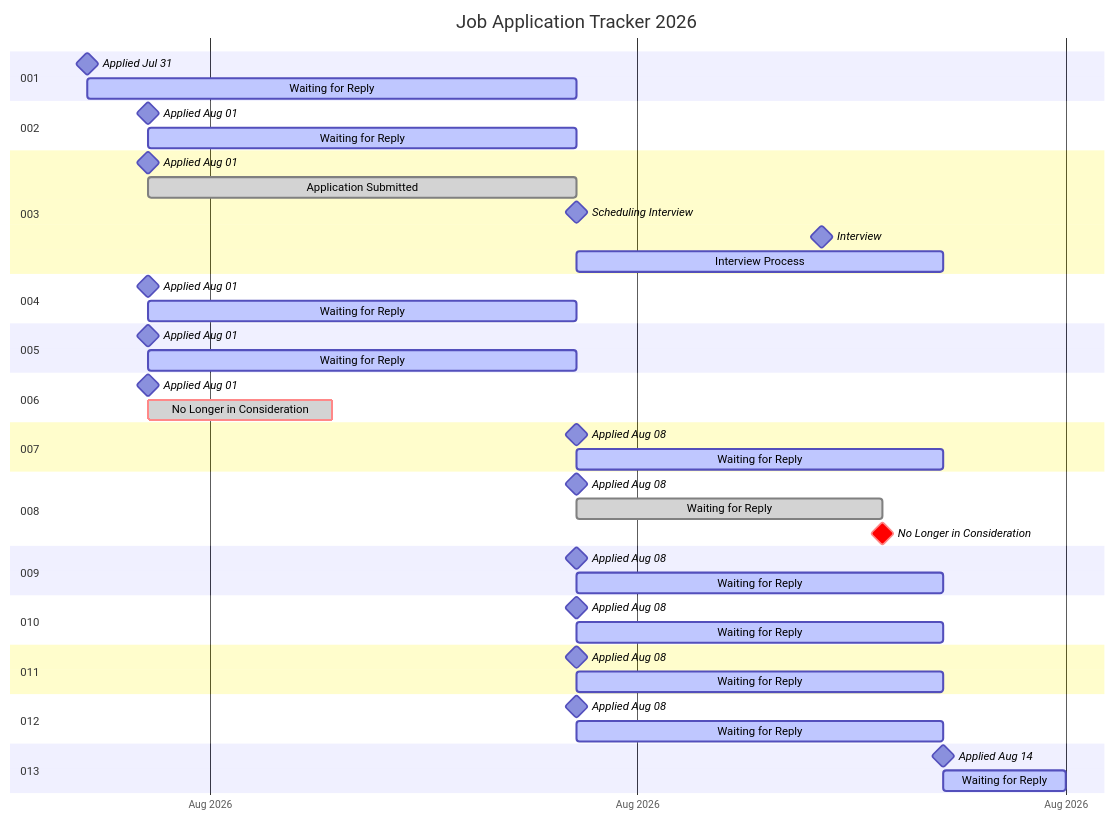
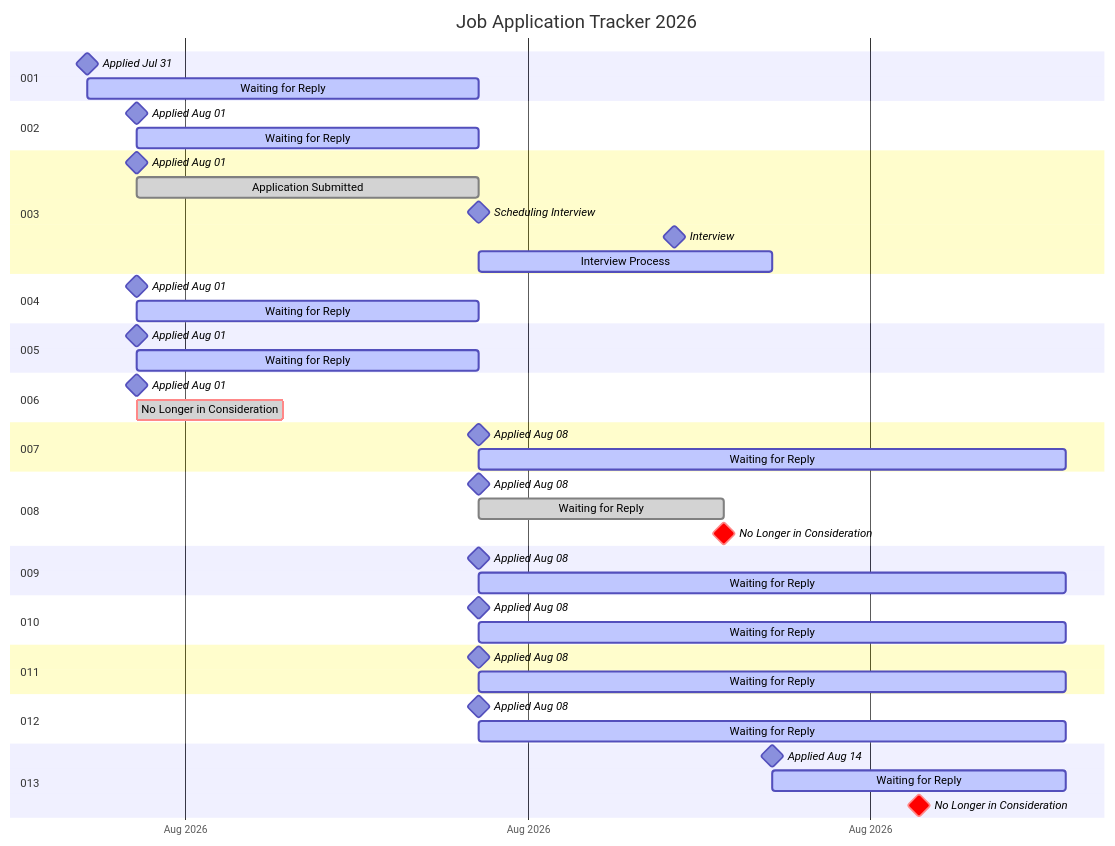
One commit to RileyBeenders/rileybeenders.com changed the diagram in README.md. Above: the diagram before and after it, drawn with Mermaid. The commit also changed other lines of this file and 9 other files, not shown here.

````diff
--- a/README.md
+++ b/README.md
@@ -12,63 +13,64 @@
 ```mermaid
   gantt
     title Job Application Tracker 2026
     dateFormat YYYY-MM-DD
     tickInterval 1week
     axisFormat %b %Y
 
     section 001
     Applied Jul 31                  :milestone, 2026-07-31, 0d
     Waiting for Reply               :active, 2026-07-31, 8d
 
     section 002
     Applied Aug 01                  :milestone, 2026-08-01, 0d
     Waiting for Reply               :active, 2026-08-01, 7d
 
     section 003
     Applied Aug 01                  :milestone, 2026-08-01, 0d
     Application Submitted           :done, 2026-08-01, 7d
     Scheduling Interview            :milestone, 2026-08-08, 0d
     Interview                       :milestone, 2026-08-12, 0d
     Interview Process               :active, 2026-08-08, 6d
 
     section 004
     Applied Aug 01                  :milestone, 2026-08-01, 0d
     Waiting for Reply               :active, 2026-08-01, 7d
 
     section 005
     Applied Aug 01                  :milestone, 2026-08-01, 0d
     Waiting for Reply               :active, 2026-08-01, 7d
 
     section 006
     Applied Aug 01                  :milestone, 2026-08-01, 0d
     No Longer in Consideration      :crit, done, 2026-08-01, 3d
 
     section 007
     Applied Aug 08                  :milestone, 2026-08-08, 0d
-    Waiting for Reply               :active, 2026-08-08, 6d
+    Waiting for Reply               :active, 2026-08-08, 12d
 
     section 008
     Applied Aug 08                  :milestone, 2026-08-08, 0d
     Waiting for Reply               :done, 2026-08-08, 5d
     No Longer in Consideration      :crit, milestone, 2026-08-13, 0d
 
     section 009
     Applied Aug 08                  :milestone, 2026-08-08, 0d
-    Waiting for Reply               :active, 2026-08-08, 6d
+    Waiting for Reply               :active, 2026-08-08, 12d
 
     section 010
     Applied Aug 08                  :milestone, 2026-08-08, 0d
-    Waiting for Reply               :active, 2026-08-08, 6d
+    Waiting for Reply               :active, 2026-08-08, 12d
 
     section 011
     Applied Aug 08                  :milestone, 2026-08-08, 0d
-    Waiting for Reply               :active, 2026-08-08, 6d
+    Waiting for Reply               :active, 2026-08-08, 12d
 
     section 012
     Applied Aug 08                  :milestone, 2026-08-08, 0d
-    Waiting for Reply               :active, 2026-08-08, 6d
+    Waiting for Reply               :active, 2026-08-08, 12d
 
     section 013
     Applied Aug 14                  :milestone, 2026-08-14, 0d
-    Waiting for Reply               :active, 2026-08-14, 2d
+    Waiting for Reply               :active, 2026-08-14, 6d
+    No Longer in Consideration      :crit, milestone, 2026-08-14, 6d
 ```
````
